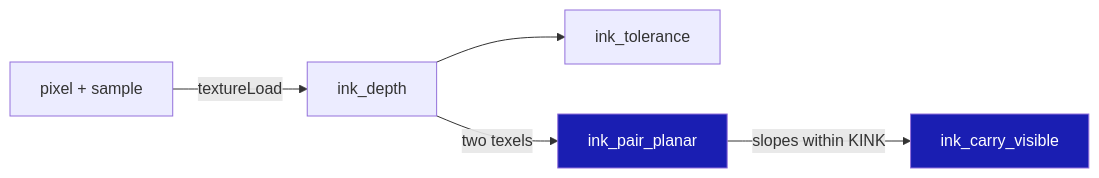
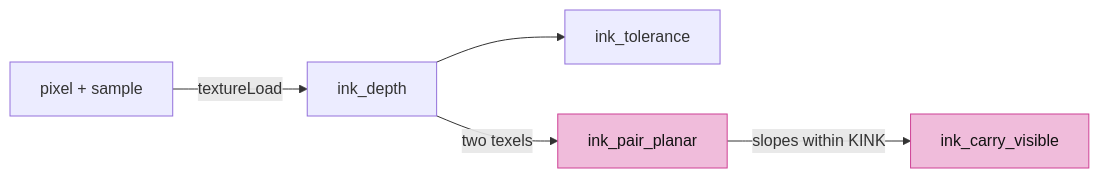
Before and after one commit to petrasvestartas/session: the sixth of 15 diagrams in session_viewer/docs/05-visibility.md, drawn with Mermaid. The commit also changed other lines of this file and 23 other files, not shown here.

Commit message:
Course: Mermaid nodes white with black text, highlighted nodes pink, white arrows and edge labels on the black ground

````diff
--- a/session_viewer/docs/05-visibility.md
+++ b/session_viewer/docs/05-visibility.md
@@ -117,9 +117,9 @@
 ```mermaid
 flowchart LR
     P["pixel + sample"] -- "textureLoad" --> D["ink_depth"]
     D --> T["ink_tolerance"]
     D -- "two texels" --> N["ink_pair_planar"]
     N -- "slopes within KINK" --> C["ink_carry_visible"]
-    style N fill:#1a1eb2,color:#fff
-    style C fill:#1a1eb2,color:#fff
+    style N fill:#f0bcdb,stroke:#ce4095,color:#111
+    style C fill:#f0bcdb,stroke:#ce4095,color:#111
 ```
````
